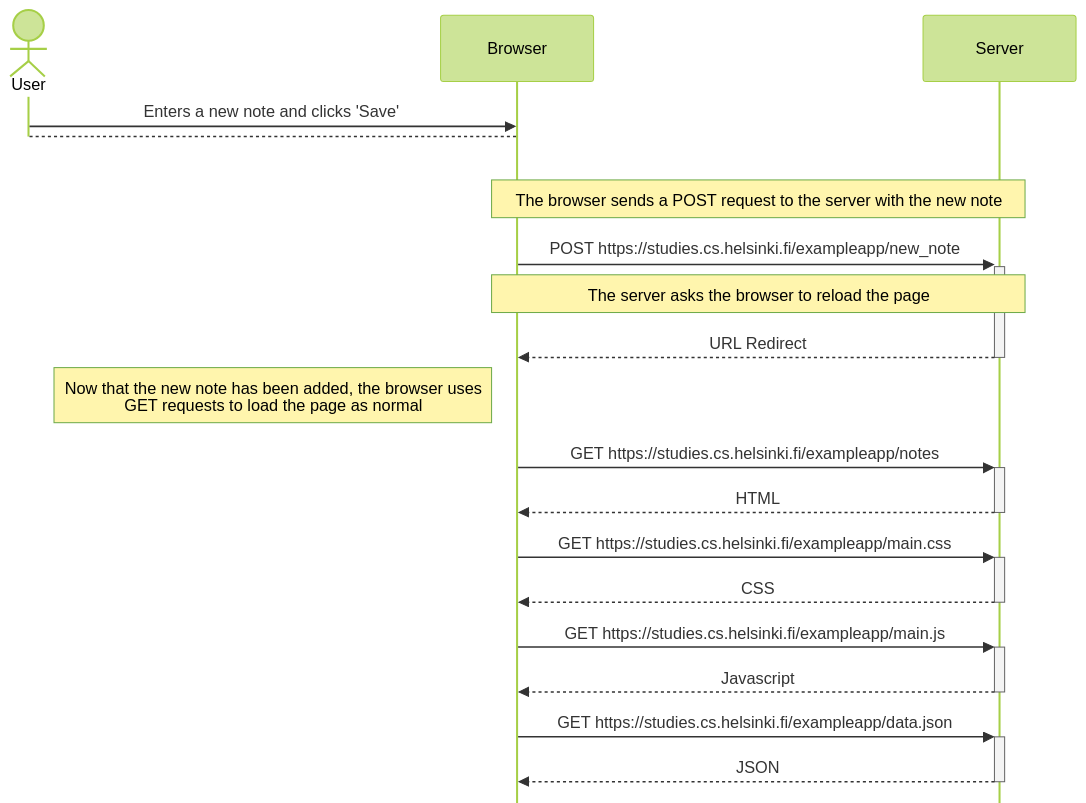
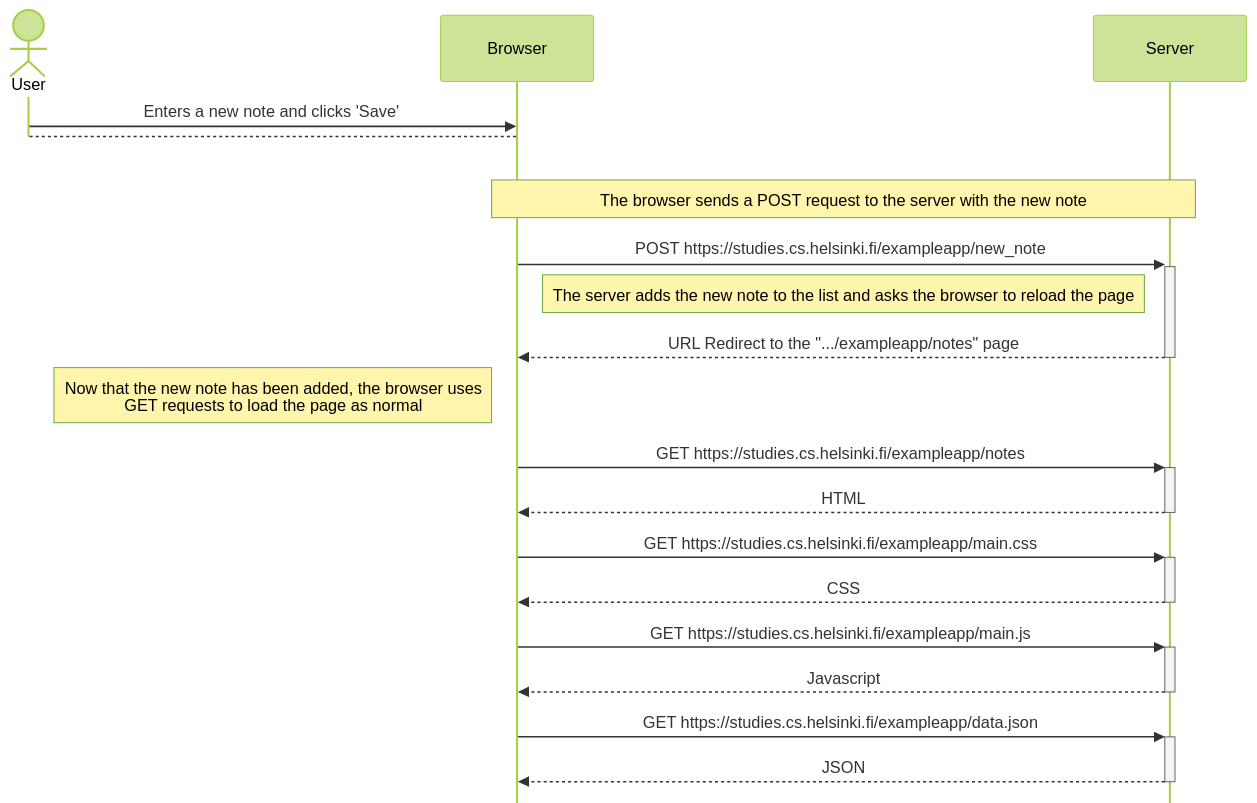
Before and after one commit to JoeHolmes97/FullStackOpenCourse: the diagram in part0/0.4-new-note-diagram.md, drawn with Mermaid (forest theme).

Commit message:
Completed 0.4-new-note-diagram.md

````diff
--- a/part0/0.4-new-note-diagram.md
+++ b/part0/0.4-new-note-diagram.md
@@ -2,38 +2,38 @@
 ```mermaid
 ---
 config:
   mirrorActors: false
 ---
 sequenceDiagram
 
   actor User
   participant Browser
   participant Server
 
   % The user types in a note and clicks save, which causes the browser to send it to the server.
   User->>Browser: Enters a new note and clicks 'Save'
   destroy User
   Browser-->User:
 
   % The browser sends the new note to the server.
   Note over Browser,Server: The browser sends a POST request to the server with the new note
   Browser->>+Server: POST https://studies.cs.helsinki.fi/exampleapp/new_note
 
   % The server creates a new note object using the users input and the current date, and adds it to the array containing the list of notes. The server also tells the browser to perfrom a redirect to '/exampleapp/notes'. Since that is the current page, it reloads.
-  Note over Browser,Server: The server asks the browser to reload the page
-  Server-->>-Browser: URL Redirect
+  Note left of Server: The server adds the new note to the list and asks the browser to reload the page
+  Server-->>-Browser: URL Redirect to the ".../exampleapp/notes" page
  
   Note left of Browser: Now that the new note has been added, the browser uses<br/> GET requests to load the page as normal
   Browser->>+Server:GET https://studies.cs.helsinki.fi/exampleapp/notes
   Server-->>-Browser: HTML
 
   Browser->>+Server: GET https://studies.cs.helsinki.fi/exampleapp/main.css
   Server-->>-Browser: CSS
 
   Browser->>+Server: GET https://studies.cs.helsinki.fi/exampleapp/main.js
   Server-->>-Browser: Javascript
 
   % The JSON data returned now includes the new note added onto the end.
   Browser->>+Server: GET https://studies.cs.helsinki.fi/exampleapp/data.json
   Server-->>-Browser: JSON
 ```
````
